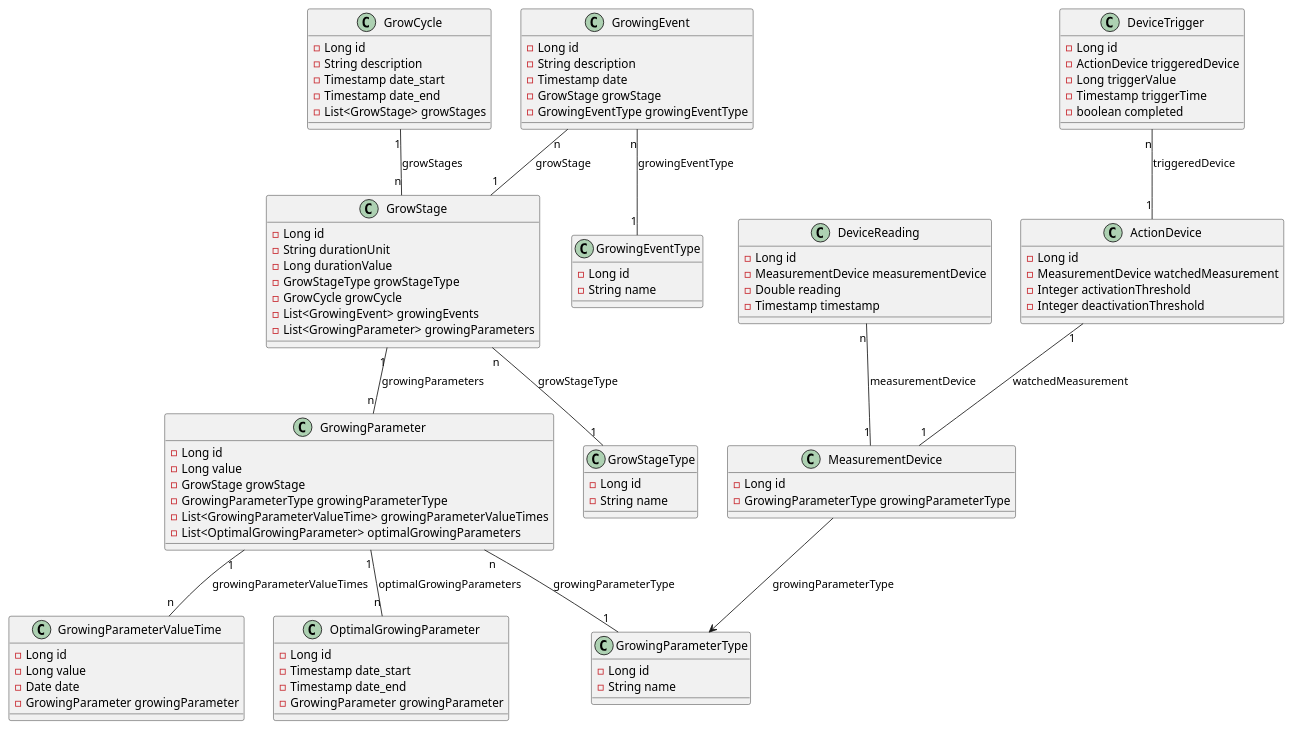
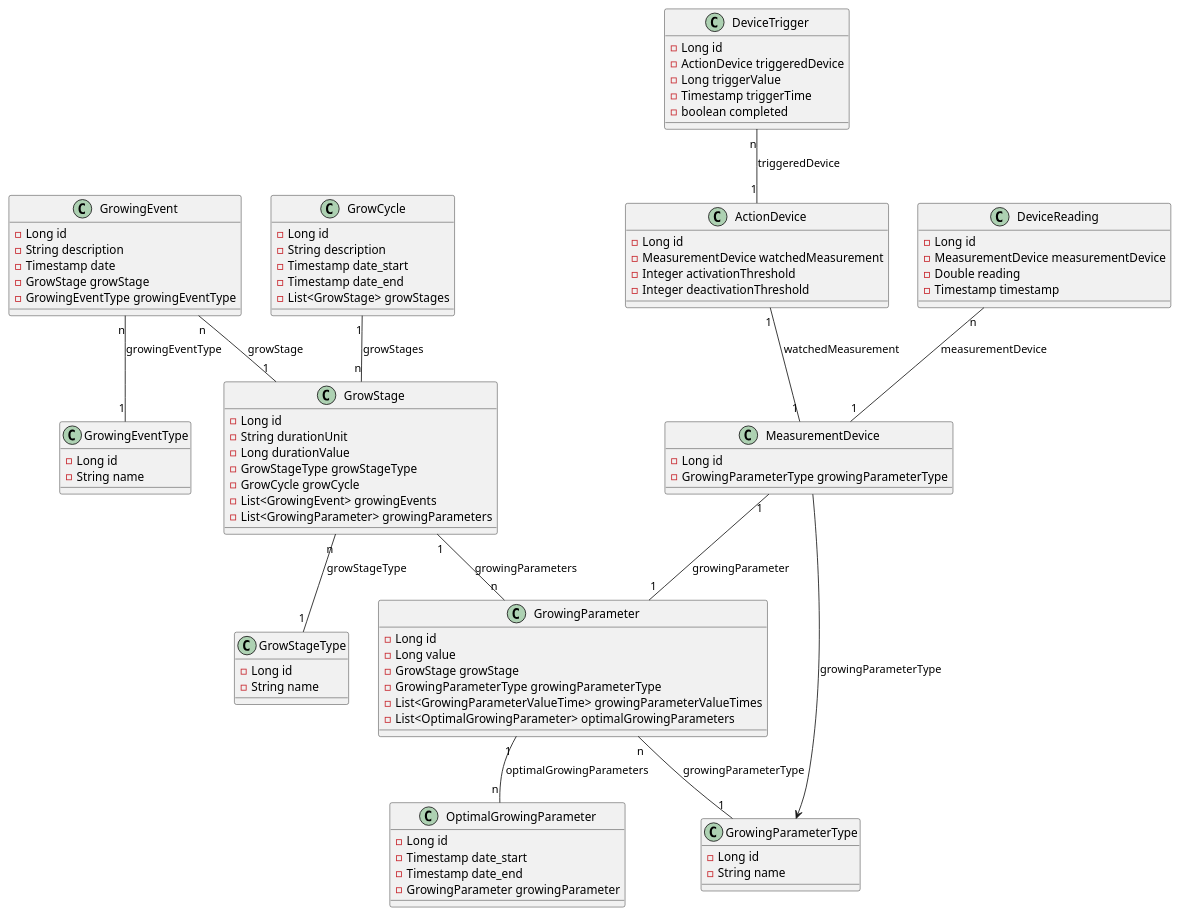
The diagram in diagrams/plantUML.puml (feddericovonwernich/grow-control), drawn with PlantUML before and after one commit. The commit also changed 8 other files, not shown here.

Commit message:
Delete entity and edit plant uml

```diff
--- a/diagrams/plantUML.puml
+++ b/diagrams/plantUML.puml
@@ -1,113 +1,107 @@
 @startuml
 
 'TABLES'
 
 class ActionDevice {
     - Long id
     - MeasurementDevice watchedMeasurement
     - Integer activationThreshold
     - Integer deactivationThreshold
 }
 
 class DeviceReading {
     - Long id
     - MeasurementDevice measurementDevice
     - Double reading
     - Timestamp timestamp
 }
 
 class DeviceTrigger {
     - Long id
     - ActionDevice triggeredDevice
     - Long triggerValue
     - Timestamp triggerTime
     - boolean completed
 }
 
 class GrowCycle {
     - Long id
     - String description
     - Timestamp date_start
     - Timestamp date_end
     - List<GrowStage> growStages
 }
 
 class GrowingEvent {
       - Long id
       - String description
       - Timestamp date
       - GrowStage growStage
       - GrowingEventType growingEventType
-  }
+}
 
 class GrowingEventType {
       - Long id
       - String name
 }
 
 class GrowingParameter {
       - Long id
       - Long value
       - GrowStage growStage
       - GrowingParameterType growingParameterType
       - List<GrowingParameterValueTime> growingParameterValueTimes
       - List<OptimalGrowingParameter> optimalGrowingParameters
- }
+}
 
 class GrowingParameterType {
     - Long id
     - String name
 }
-
-class GrowingParameterValueTime {
-      - Long id
-      - Long value
-      - Date date
-      - GrowingParameter growingParameter
-  }
 
 class GrowStage {
         - Long id
         - String durationUnit
         - Long durationValue
         - GrowStageType growStageType
         - GrowCycle growCycle
         - List<GrowingEvent> growingEvents
         - List<GrowingParameter> growingParameters
-    }
+}
 
 class GrowStageType {
     - Long id
     - String name
-    }
+}
 
 class MeasurementDevice {
         - Long id
         - GrowingParameterType growingParameterType
-    }
+
+}
 
 class OptimalGrowingParameter {
            - Long id
            - Timestamp date_start
            - Timestamp date_end
            - GrowingParameter growingParameter
-       }
+}
 
 
 
 'RELACIONES'
 
 MeasurementDevice --> GrowingParameterType : growingParameterType
 ActionDevice "1" -- "1" MeasurementDevice : watchedMeasurement
+MeasurementDevice "1" -- "1" GrowingParameter : growingParameter
 GrowingParameter "n" -- "1" GrowingParameterType : growingParameterType
-GrowingParameter "1" -- "n" GrowingParameterValueTime : growingParameterValueTimes
 GrowingParameter "1" -- "n" OptimalGrowingParameter : optimalGrowingParameters
 GrowingEvent "n" -- "1" GrowStage : growStage
 GrowingEvent "n" -- "1" GrowingEventType : growingEventType
 GrowStage "n" -- "1" GrowStageType : growStageType
 GrowStage "1" -- "n" GrowingParameter : growingParameters
 GrowCycle "1" -- "n" GrowStage : growStages
 DeviceReading "n" -- "1" MeasurementDevice : measurementDevice
 DeviceTrigger "n" -- "1" ActionDevice : triggeredDevice
 
 @enduml
```
